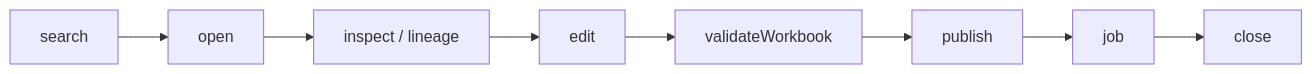
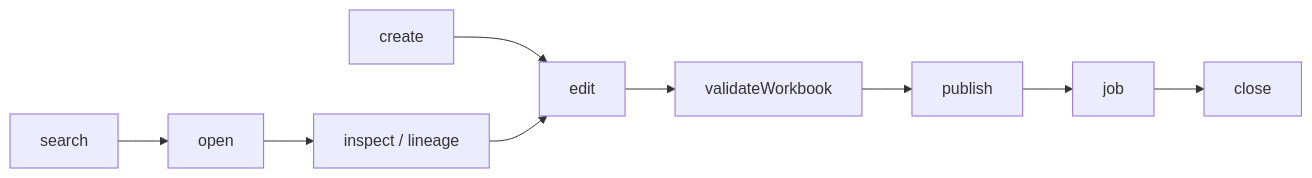
One commit to agredyaev/tabkit changed the diagram in README.md. Above: the diagram before and after it, drawn with Mermaid. The commit also changed other lines of this file and 6 other files, not shown here.

````diff
--- a/README.md
+++ b/README.md
@@ -104,10 +105,11 @@
 ```mermaid
 flowchart LR
+    create["create"] --> edit["edit"]
     search["search"] --> open["open"]
     open --> inspect["inspect / lineage"]
-    inspect --> edit["edit"]
+    inspect --> edit
     edit --> validate["validateWorkbook"]
     validate --> publish["publish"]
     publish --> job["job"]
     job --> close["close"]
 ```
````
